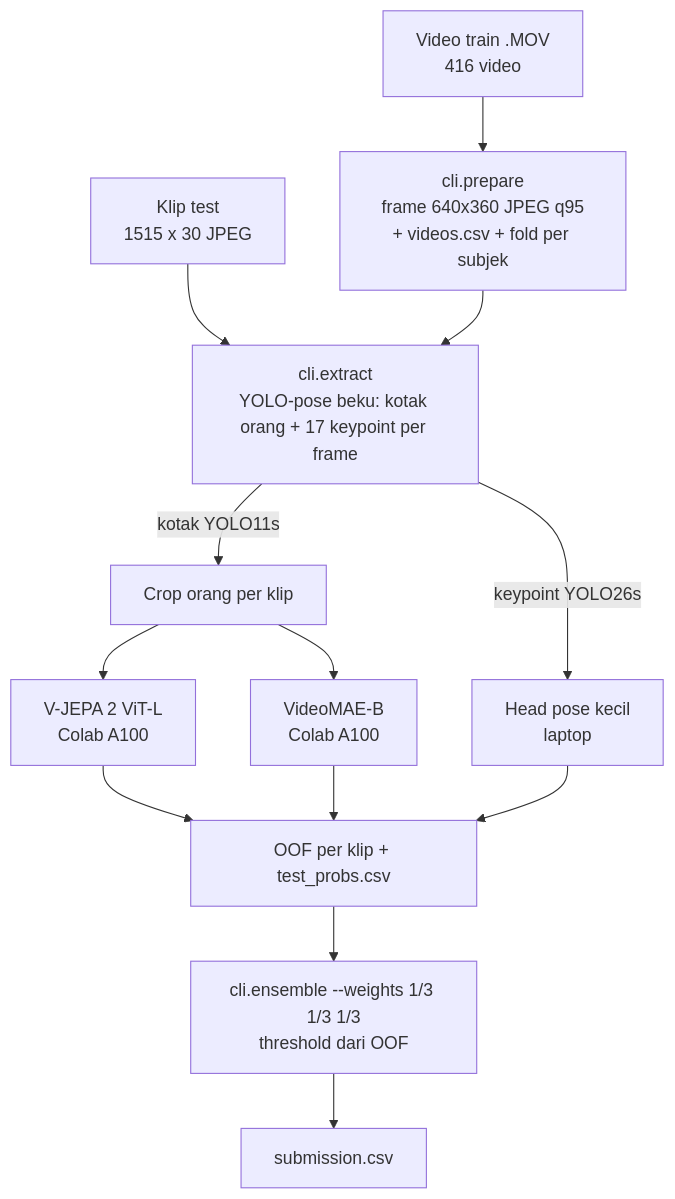
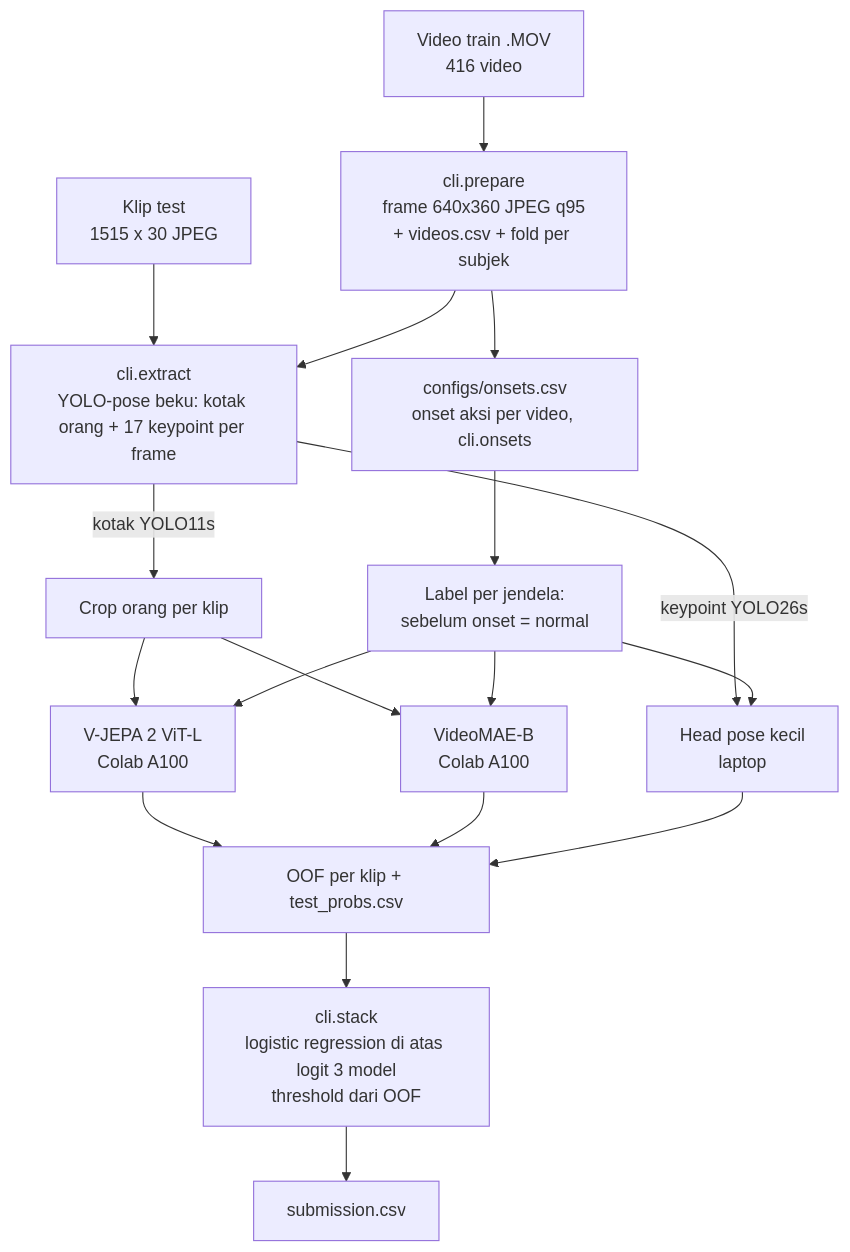
The first of 5 diagrams in README.md (LhoWann/competitionDS26), drawn with Mermaid before and after one commit. The commit also changed other lines of this file and 29 other files, not shown here.

````diff
--- a/README.md
+++ b/README.md
@@ -100,15 +110,20 @@
 ```mermaid
 flowchart TD
     A[Video train .MOV<br>416 video] --> B[cli.prepare<br>frame 640x360 JPEG q95<br>+ videos.csv + fold per subjek]
     T[Klip test<br>1515 x 30 JPEG] --> X
     B --> X[cli.extract<br>YOLO-pose beku: kotak orang + 17 keypoint per frame]
+    B --> ON[configs/onsets.csv<br>onset aksi per video, cli.onsets]
+    ON --> L[Label per jendela:<br>sebelum onset = normal]
     X -->|kotak YOLO11s| C[Crop orang per klip]
     C --> M1[V-JEPA 2 ViT-L<br>Colab A100]
     C --> M2[VideoMAE-B<br>Colab A100]
     X -->|keypoint YOLO26s| M3[Head pose kecil<br>laptop]
+    L --> M1
+    L --> M2
+    L --> M3
     M1 --> O[OOF per klip + test_probs.csv]
     M2 --> O
     M3 --> O
-    O --> E[cli.ensemble --weights 1/3 1/3 1/3<br>threshold dari OOF]
+    O --> E[cli.stack<br>logistic regression di atas logit 3 model<br>threshold dari OOF]
     E --> S[submission.csv]
 ```
````
